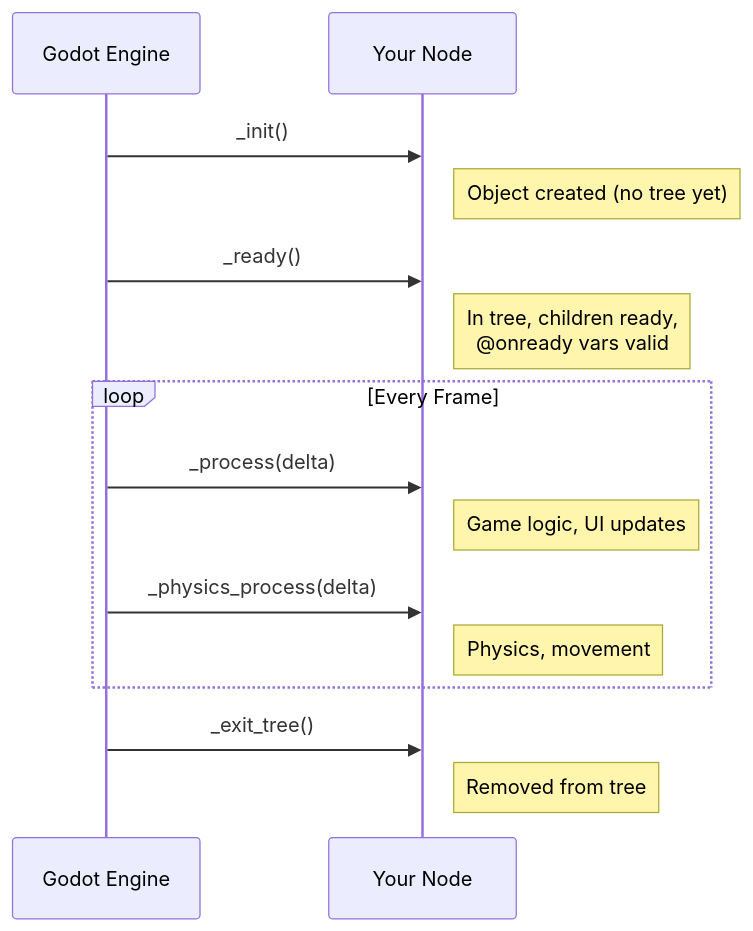
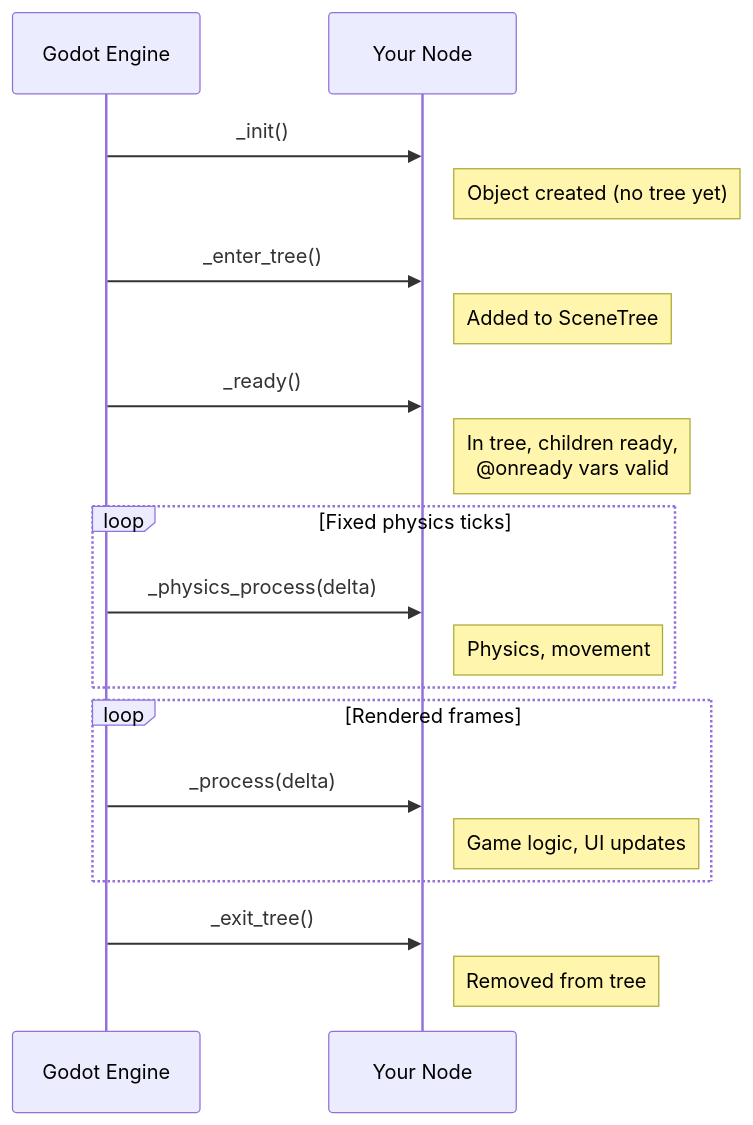
The first of 2 diagrams in tutorial/02_gdscript_for_programmers.md (Jorge-D-Robles/gemini-fantasy), drawn with Mermaid before and after one commit. The commit also changed other lines of this file and 24 other files, not shown here.

Commit message:
Refine tutorial Mermaid diagrams

````diff
--- a/tutorial/02_gdscript_for_programmers.md
+++ b/tutorial/02_gdscript_for_programmers.md
@@ -106,18 +106,22 @@
 ```mermaid
 sequenceDiagram
     participant Engine as Godot Engine
     participant Node as Your Node
 
     Engine->>Node: _init()
     Note right of Node: Object created (no tree yet)
+    Engine->>Node: _enter_tree()
+    Note right of Node: Added to SceneTree
     Engine->>Node: _ready()
     Note right of Node: In tree, children ready,<br/>@onready vars valid
-    loop Every Frame
+    loop Fixed physics ticks
+        Engine->>Node: _physics_process(delta)
+        Note right of Node: Physics, movement
+    end
+    loop Rendered frames
         Engine->>Node: _process(delta)
         Note right of Node: Game logic, UI updates
-        Engine->>Node: _physics_process(delta)
-        Note right of Node: Physics, movement
     end
     Engine->>Node: _exit_tree()
     Note right of Node: Removed from tree
 ```
````
